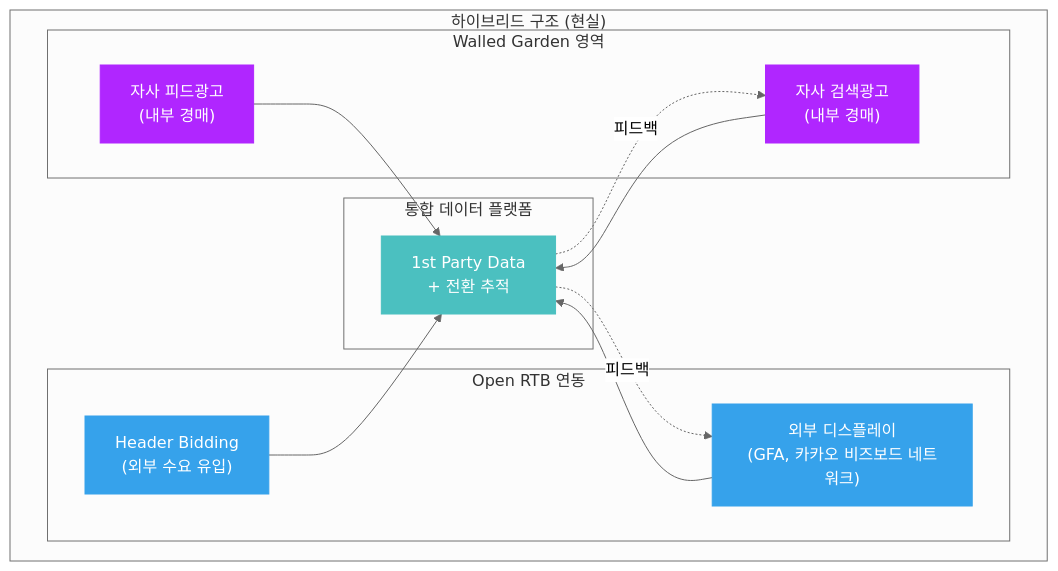
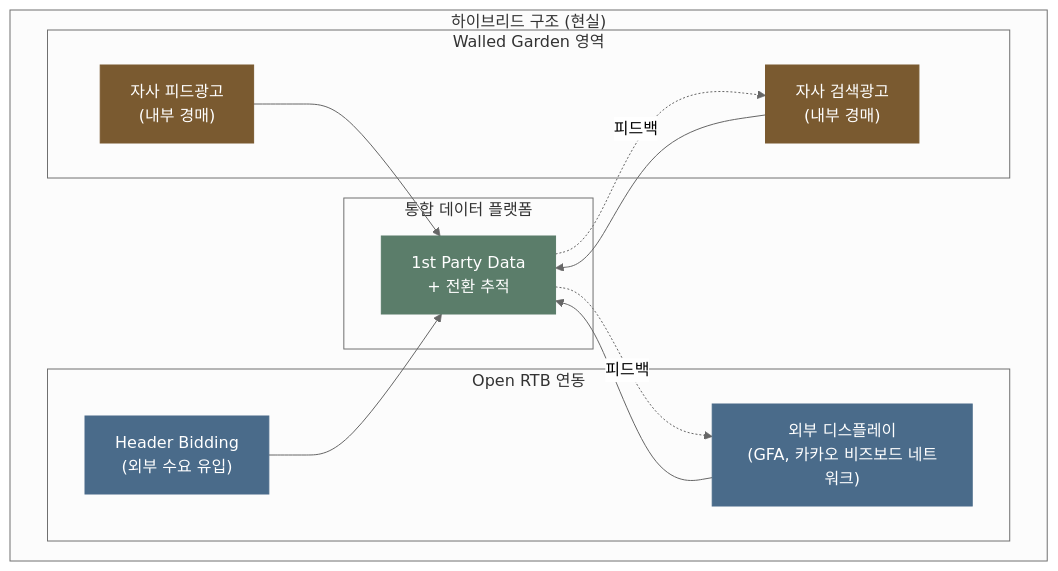
The fifth of 5 diagrams in posts/walled-garden.md (chkimsu/adtech-blog), drawn with Mermaid (neutral theme) before and after one commit. The commit also changed other lines of this file and 40 other files, not shown here.

````diff
--- a/posts/walled-garden.md
+++ b/posts/walled-garden.md
@@ -273,31 +273,31 @@
 ```mermaid
 graph TB
     subgraph Hybrid["하이브리드 구조 (현실)"]
         subgraph WG["Walled Garden 영역"]
             SEARCH["자사 검색광고<br/>(내부 경매)"]
             SOCIAL["자사 피드광고<br/>(내부 경매)"]
         end
 
         subgraph OPEN["Open RTB 연동"]
             GFA["외부 디스플레이<br/>(GFA, 카카오 비즈보드 네트워크)"]
             HB["Header Bidding<br/>(외부 수요 유입)"]
         end
 
         subgraph Unified["통합 데이터 플랫폼"]
             DATA["1st Party Data<br/>+ 전환 추적"]
         end
 
         SEARCH --> DATA
         SOCIAL --> DATA
         GFA --> DATA
         HB --> DATA
         DATA -.->|피드백| SEARCH
         DATA -.->|피드백| GFA
     end
 
-    style SEARCH fill:#b026ff,stroke:#b026ff,color:#fff
-    style SOCIAL fill:#b026ff,stroke:#b026ff,color:#fff
-    style GFA fill:#36a2eb,stroke:#36a2eb,color:#fff
-    style HB fill:#36a2eb,stroke:#36a2eb,color:#fff
-    style DATA fill:#4bc0c0,stroke:#4bc0c0,color:#fff
+    style SEARCH fill:#7a5a30,stroke:#7a5a30,color:#fff
+    style SOCIAL fill:#7a5a30,stroke:#7a5a30,color:#fff
+    style GFA fill:#4a6b8a,stroke:#4a6b8a,color:#fff
+    style HB fill:#4a6b8a,stroke:#4a6b8a,color:#fff
+    style DATA fill:#5b7d6a,stroke:#5b7d6a,color:#fff
 ```
````
